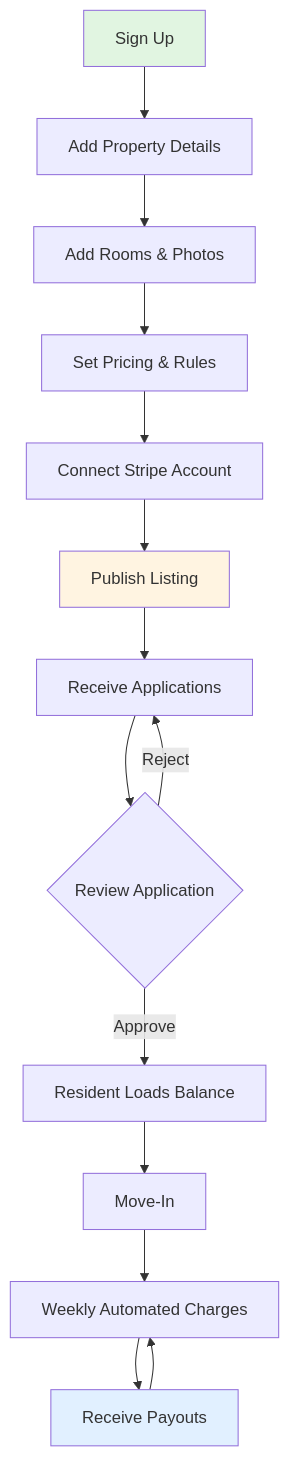
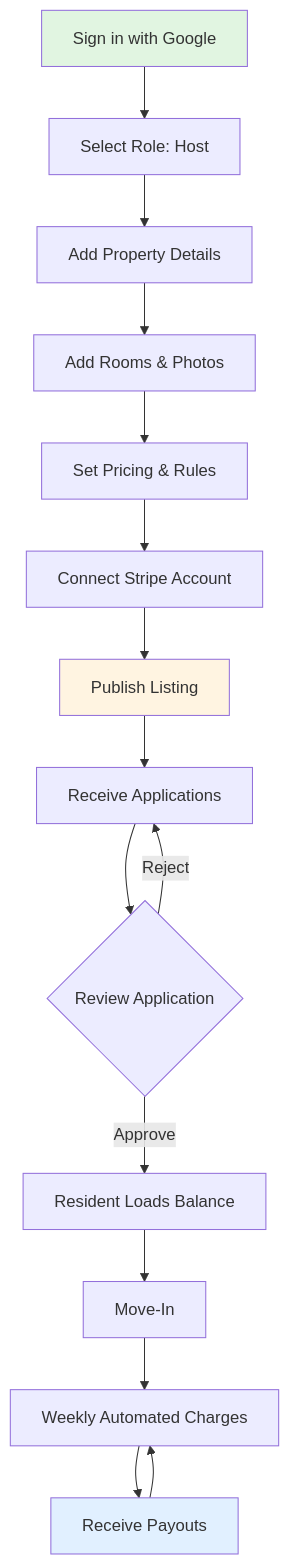
Before and after one commit to roompilotpro/roompilot: the fifth of 7 diagrams in docs/ROOMPILOT_PRD_v1.md, drawn with Mermaid. The commit also changed other lines of this file, not shown here.

Commit message:
Use google oauth

````diff
--- a/docs/ROOMPILOT_PRD_v1.md
+++ b/docs/ROOMPILOT_PRD_v1.md
@@ -409,20 +424,21 @@
 ```mermaid
 graph TD
-    A[Sign Up] --> B[Add Property Details]
-    B --> C[Add Rooms & Photos]
-    C --> D[Set Pricing & Rules]
-    D --> E[Connect Stripe Account]
-    E --> F[Publish Listing]
-    F --> G[Receive Applications]
-    G --> H{Review Application}
-    H -->|Approve| I[Resident Loads Balance]
-    H -->|Reject| G
-    I --> J[Move-In]
-    J --> K[Weekly Automated Charges]
-    K --> L[Receive Payouts]
-    L --> K
+    A[Sign in with Google] --> B[Select Role: Host]
+    B --> C[Add Property Details]
+    C --> D[Add Rooms & Photos]
+    D --> E[Set Pricing & Rules]
+    E --> F[Connect Stripe Account]
+    F --> G[Publish Listing]
+    G --> H[Receive Applications]
+    H --> I{Review Application}
+    I -->|Approve| J[Resident Loads Balance]
+    I -->|Reject| H
+    J --> K[Move-In]
+    K --> L[Weekly Automated Charges]
+    L --> M[Receive Payouts]
+    M --> L
     
     style A fill:#e1f5e1
-    style F fill:#fff4e1
-    style L fill:#e1f0ff
+    style G fill:#fff4e1
+    style M fill:#e1f0ff
 ```
````
